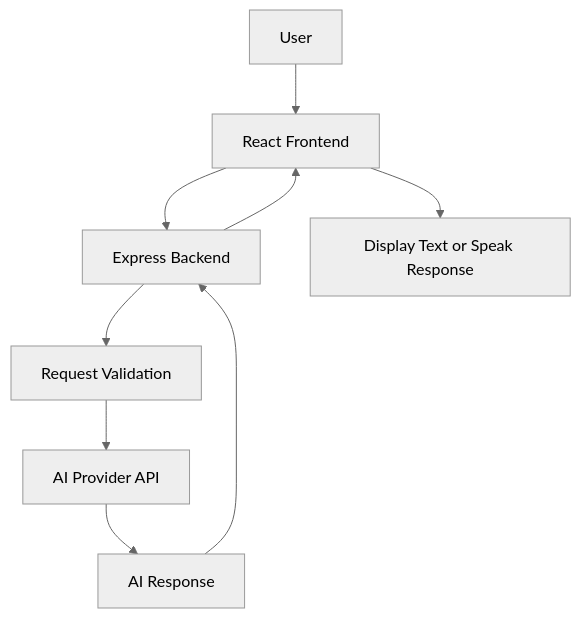
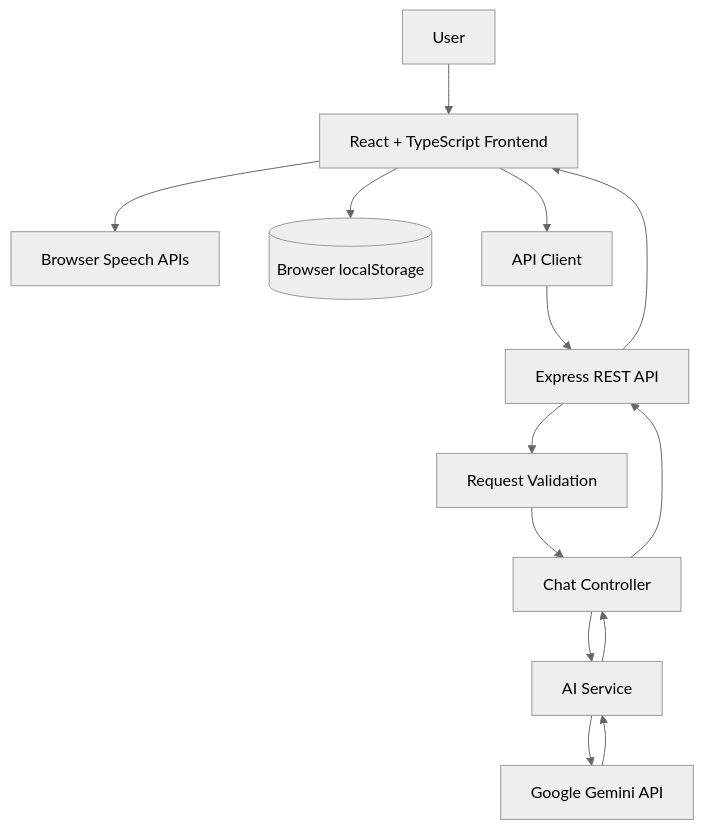
One commit to ThirusenthilkumarC/Ai-Assistant- changed the diagram in README.md. Above: the diagram before and after it, drawn with Mermaid (neutral theme). The commit also changed other lines of this file, not shown here.

````diff
--- a/README.md
+++ b/README.md
@@ -556,11 +93,16 @@
 ```mermaid
 flowchart TD
-    A[User] --> B[React Frontend]
-    B --> C[Express Backend]
-    C --> D[Request Validation]
-    D --> E[AI Provider API]
-    E --> F[AI Response]
-    F --> C
-    C --> B
-    B --> G[Display Text or Speak Response]
+    User[User] --> UI[React + TypeScript Frontend]
+    UI --> Voice[Browser Speech APIs]
+    UI --> Storage[(Browser localStorage)]
+    UI --> Client[API Client]
+    Client --> API[Express REST API]
+    API --> Validation[Request Validation]
+    Validation --> Controller[Chat Controller]
+    Controller --> AIService[AI Service]
+    AIService --> Gemini[Google Gemini API]
+    Gemini --> AIService
+    AIService --> Controller
+    Controller --> API
+    API --> UI
 ```
````
